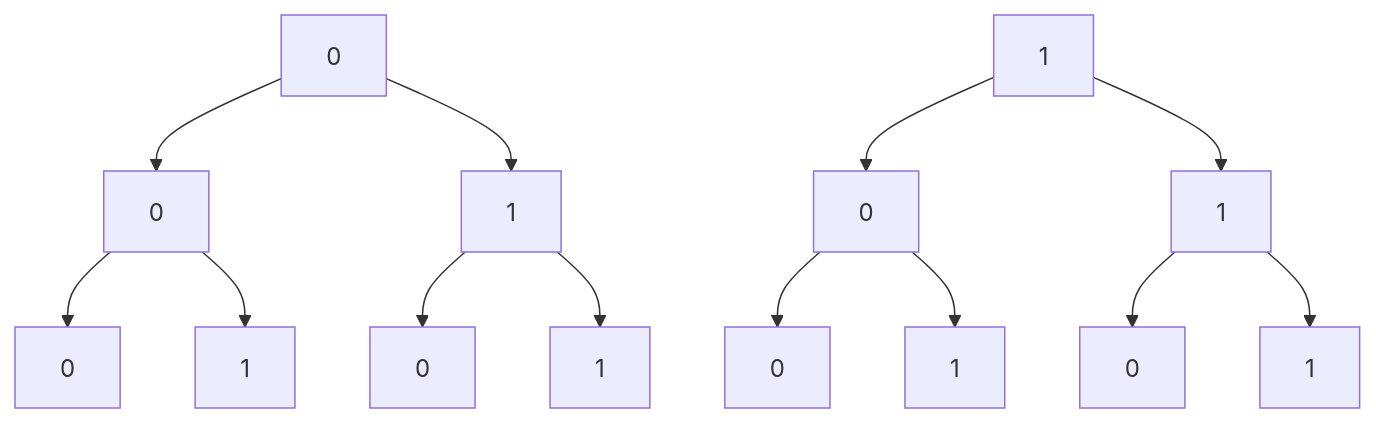
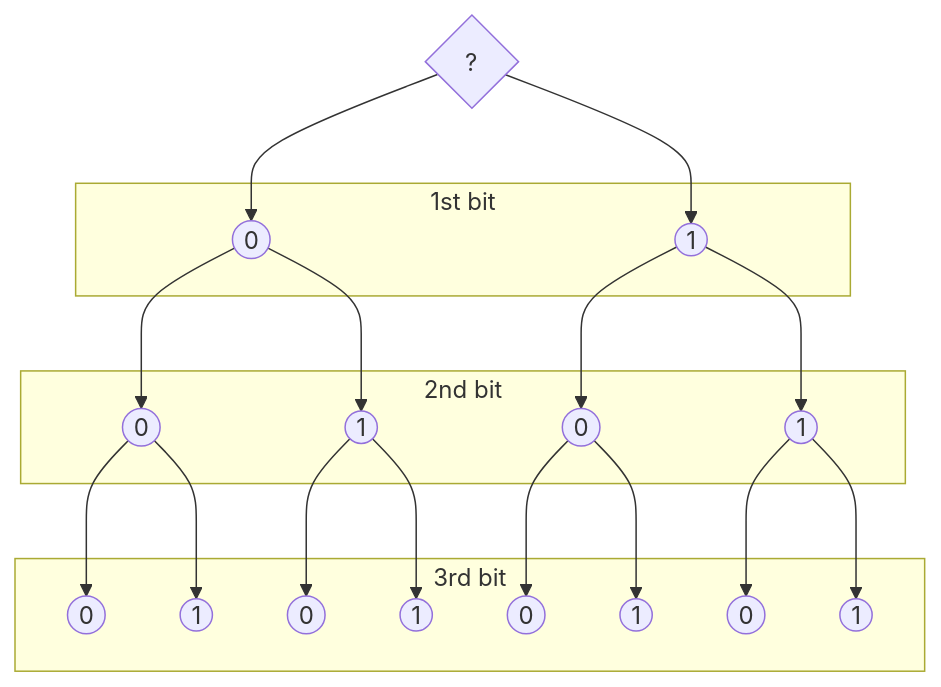
Before and after one commit to dennyb87/elettrotecnica-serale: the second of 2 diagrams in classe_4/elettrotecnica/uda_1/L06_25-10-2023_codifica_binaria.md, drawn with Mermaid. The commit also changed other lines of this file, not shown here.

Commit message:
trying to improve diagram

````diff
--- a/classe_4/elettrotecnica/uda_1/L06_25-10-2023_codifica_binaria.md
+++ b/classe_4/elettrotecnica/uda_1/L06_25-10-2023_codifica_binaria.md
@@ -37,16 +37,38 @@
 ```mermaid
 graph TD
-    1["0"] --> 2["0"]
-    1 --> 3["1"]
-    2 --> 4["0"]
-    2 --> 5["1"]
-    3 --> 6["0"]
-    3 --> 7["1"]
-
-    10["1"] --> 20["0"]
-    10 --> 30["1"]
-    20 --> 40["0"]
-    20 --> 50["1"]
-    30 --> 60["0"]
-    30 --> 70["1"]
+    1{"?"}
+    1-->2
+    1-->3
+    subgraph 1st bit
+        2(("0"))
+        3(("1"))
+    end
+    2-->4
+    2-->5
+    3-->6
+    3-->7
+    subgraph 2nd bit
+        4(("0"))
+        5(("1"))
+        6(("0"))
+        7(("1"))
+    end
+    4-->8
+    4-->9
+    5-->10
+    5-->11
+    6-->12
+    6-->13
+    7-->14
+    7-->15
+    subgraph 3rd bit
+        8(("0"))
+        9(("1"))
+        10(("0"))
+        11(("1"))
+        12(("0"))
+        13(("1"))
+        14(("0"))
+        15(("1"))
+    end
 ```
````
